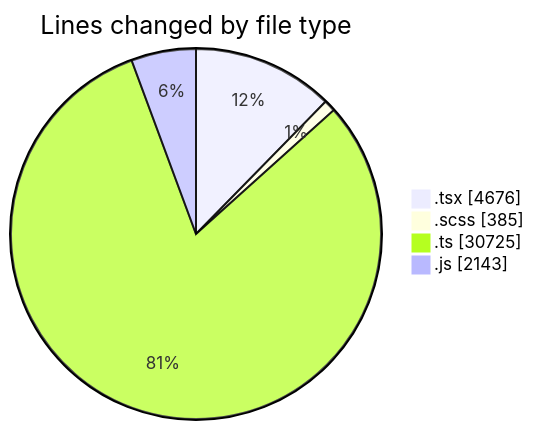
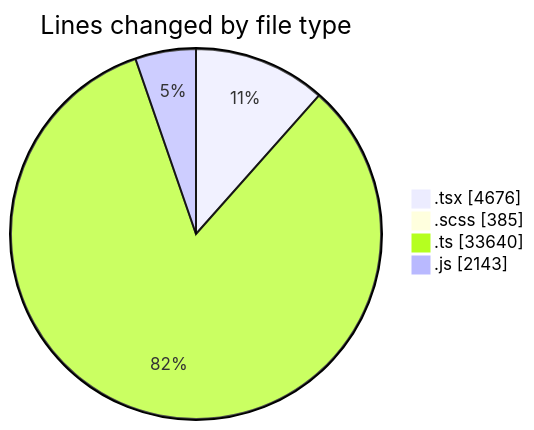
Before and after one commit to momahboobian/code-tracking: the first of 2 diagrams in 2025-06-17/cda/README.md, drawn with Mermaid. The commit also changed other lines of this file and 1 other file, not shown here.

````diff
--- a/2025-06-17/cda/README.md
+++ b/2025-06-17/cda/README.md
@@ -49,8 +50,8 @@
 ```mermaid
 pie showData
 title Lines changed by file type
 ".tsx" : 4676
 ".scss" : 385
-".ts" : 30725
+".ts" : 33640
 ".js" : 2143
 ```
````
